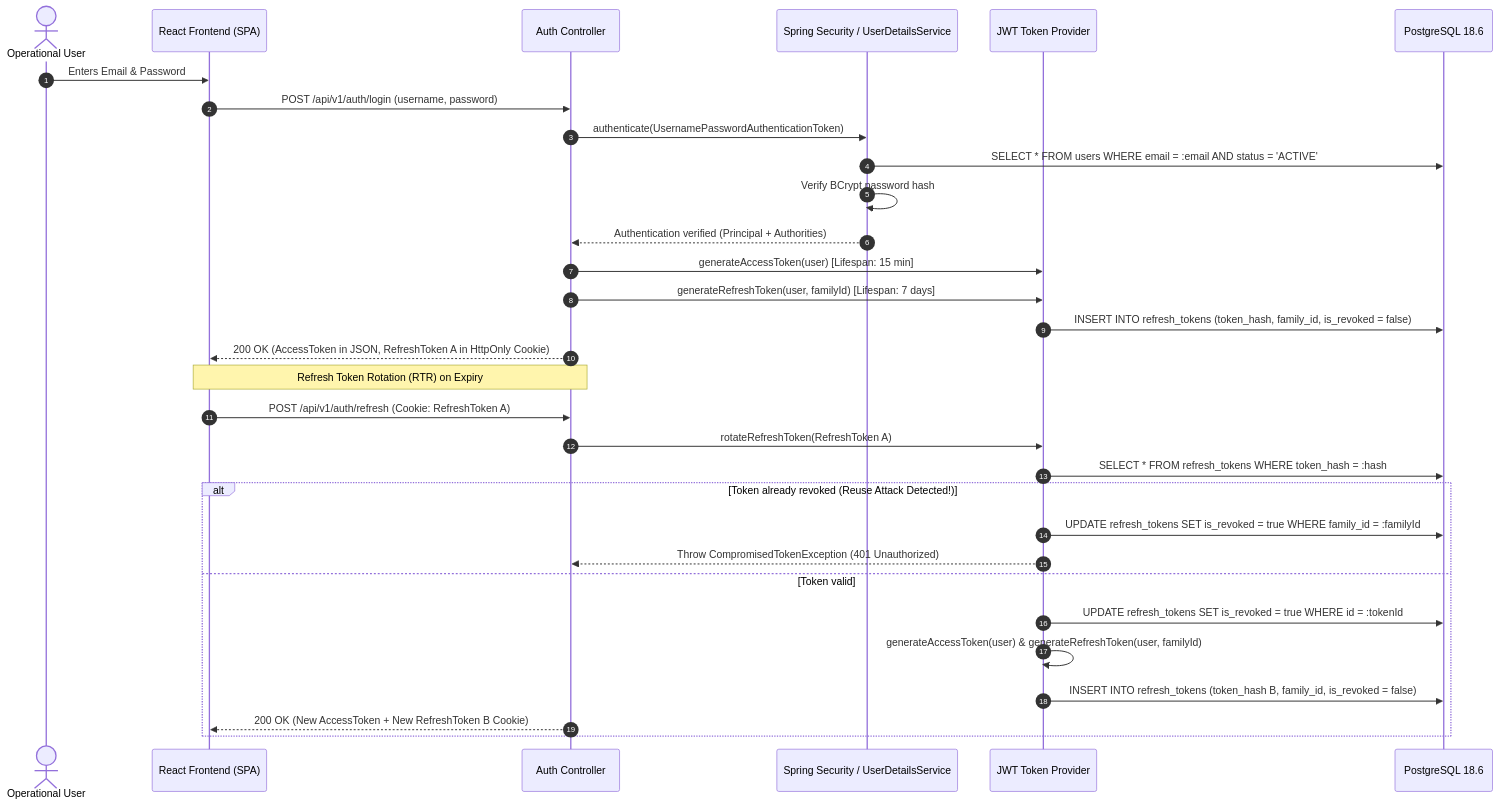
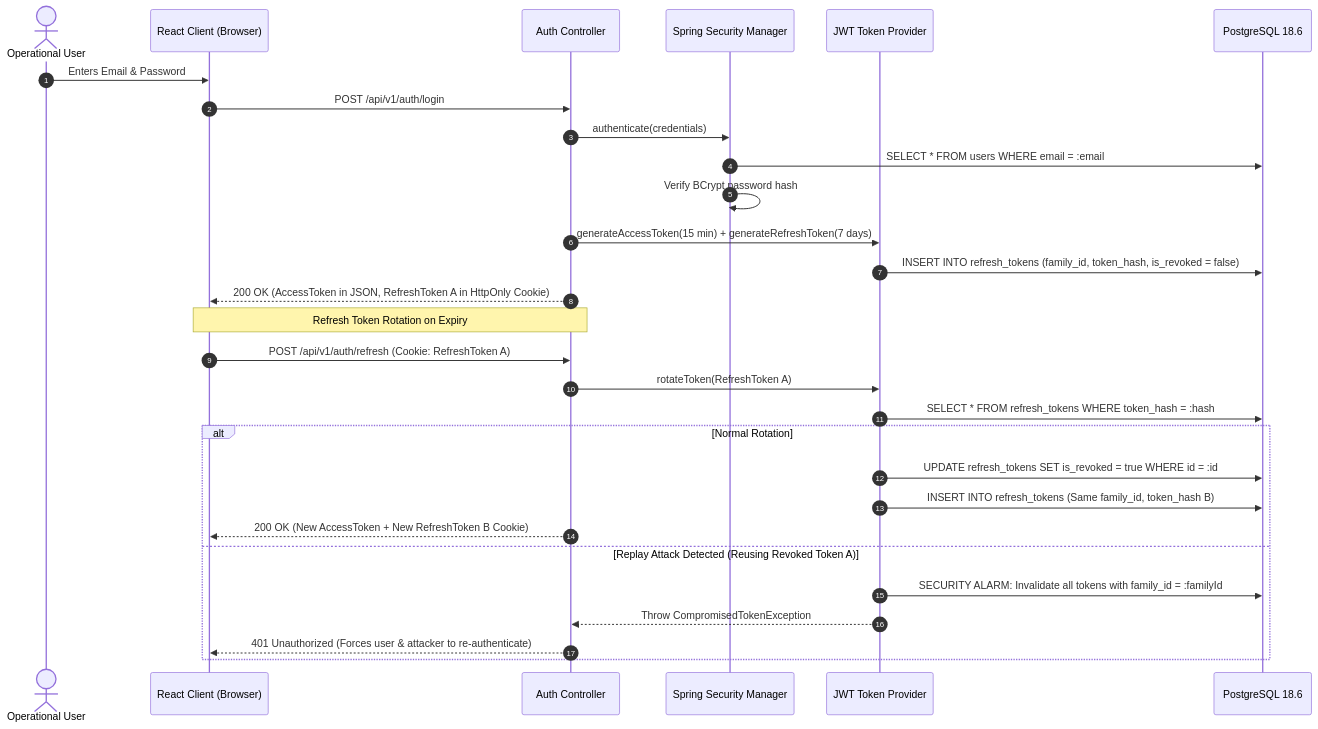
One commit to snmallick2401/MedTrack changed the sixth of 7 diagrams in docs/architecture.md. Above: the diagram before and after it, drawn with Mermaid. The commit also changed other lines of this file, not shown here.

Commit message:
docs: rewrite architecture.md with comprehensive C4 models, double-entry ledger flows, schema DDL, and ADR tradeoffs

````diff
--- a/docs/architecture.md
+++ b/docs/architecture.md
@@ -223,35 +440,34 @@
 ```mermaid
 sequenceDiagram
     autonumber
     actor User as Operational User
-    participant UI as React Frontend (SPA)
+    participant Client as React Client (Browser)
     participant AuthAPI as Auth Controller
-    participant SecMgr as Spring Security / UserDetailsService
+    participant SecMgr as Spring Security Manager
     participant TokenSvc as JWT Token Provider
     participant DB as PostgreSQL 18.6
 
-    User->>UI: Enters Email & Password
-    UI->>AuthAPI: POST /api/v1/auth/login (username, password)
-    AuthAPI->>SecMgr: authenticate(UsernamePasswordAuthenticationToken)
-    SecMgr->>DB: SELECT * FROM users WHERE email = :email AND status = 'ACTIVE'
+    User->>Client: Enters Email & Password
+    Client->>AuthAPI: POST /api/v1/auth/login
+    AuthAPI->>SecMgr: authenticate(credentials)
+    SecMgr->>DB: SELECT * FROM users WHERE email = :email
     SecMgr->>SecMgr: Verify BCrypt password hash
-    SecMgr-->>AuthAPI: Authentication verified (Principal + Authorities)
-    AuthAPI->>TokenSvc: generateAccessToken(user) [Lifespan: 15 min]
-    AuthAPI->>TokenSvc: generateRefreshToken(user, familyId) [Lifespan: 7 days]
-    TokenSvc->>DB: INSERT INTO refresh_tokens (token_hash, family_id, is_revoked = false)
-    AuthAPI-->>UI: 200 OK (AccessToken in JSON, RefreshToken A in HttpOnly Cookie)
+    AuthAPI->>TokenSvc: generateAccessToken(15 min) + generateRefreshToken(7 days)
+    TokenSvc->>DB: INSERT INTO refresh_tokens (family_id, token_hash, is_revoked = false)
+    AuthAPI-->>Client: 200 OK (AccessToken in JSON, RefreshToken A in HttpOnly Cookie)
     
-    Note over UI, AuthAPI: Refresh Token Rotation (RTR) on Expiry
-    UI->>AuthAPI: POST /api/v1/auth/refresh (Cookie: RefreshToken A)
-    AuthAPI->>TokenSvc: rotateRefreshToken(RefreshToken A)
+    Note over Client, AuthAPI: Refresh Token Rotation on Expiry
+    Client->>AuthAPI: POST /api/v1/auth/refresh (Cookie: RefreshToken A)
+    AuthAPI->>TokenSvc: rotateToken(RefreshToken A)
     TokenSvc->>DB: SELECT * FROM refresh_tokens WHERE token_hash = :hash
-    alt Token already revoked (Reuse Attack Detected!)
-        TokenSvc->>DB: UPDATE refresh_tokens SET is_revoked = true WHERE family_id = :familyId
-        TokenSvc-->>AuthAPI: Throw CompromisedTokenException (401 Unauthorized)
-    else Token valid
-        TokenSvc->>DB: UPDATE refresh_tokens SET is_revoked = true WHERE id = :tokenId
-        TokenSvc->>TokenSvc: generateAccessToken(user) & generateRefreshToken(user, familyId)
-        TokenSvc->>DB: INSERT INTO refresh_tokens (token_hash B, family_id, is_revoked = false)
-        AuthAPI-->>UI: 200 OK (New AccessToken + New RefreshToken B Cookie)
+    
+    alt Normal Rotation
+        TokenSvc->>DB: UPDATE refresh_tokens SET is_revoked = true WHERE id = :id
+        TokenSvc->>DB: INSERT INTO refresh_tokens (Same family_id, token_hash B)
+        AuthAPI-->>Client: 200 OK (New AccessToken + New RefreshToken B Cookie)
+    else Replay Attack Detected (Reusing Revoked Token A)
+        TokenSvc->>DB: SECURITY ALARM: Invalidate all tokens with family_id = :familyId
+        TokenSvc-->>AuthAPI: Throw CompromisedTokenException
+        AuthAPI-->>Client: 401 Unauthorized (Forces user & attacker to re-authenticate)
     end
 ```
````
